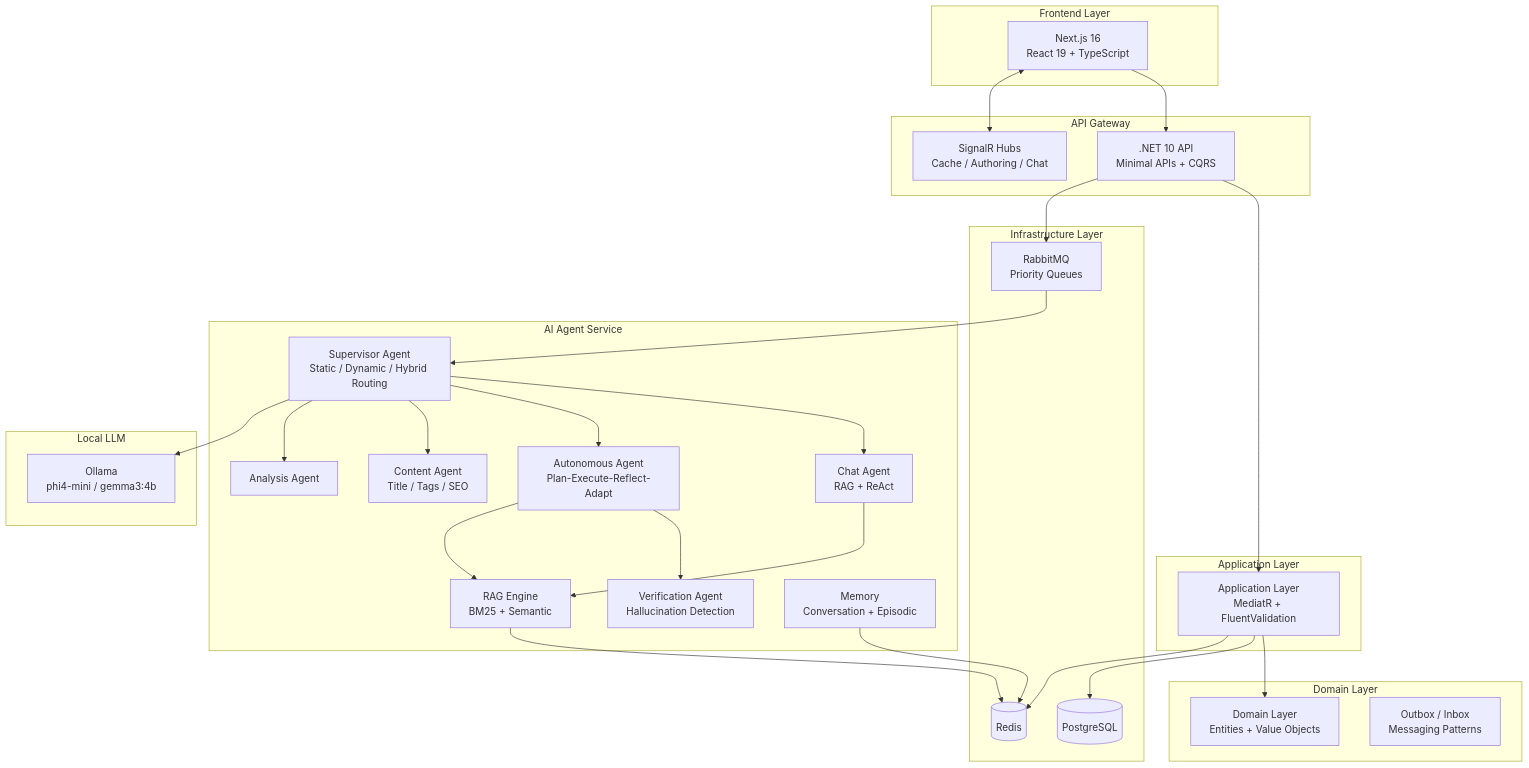
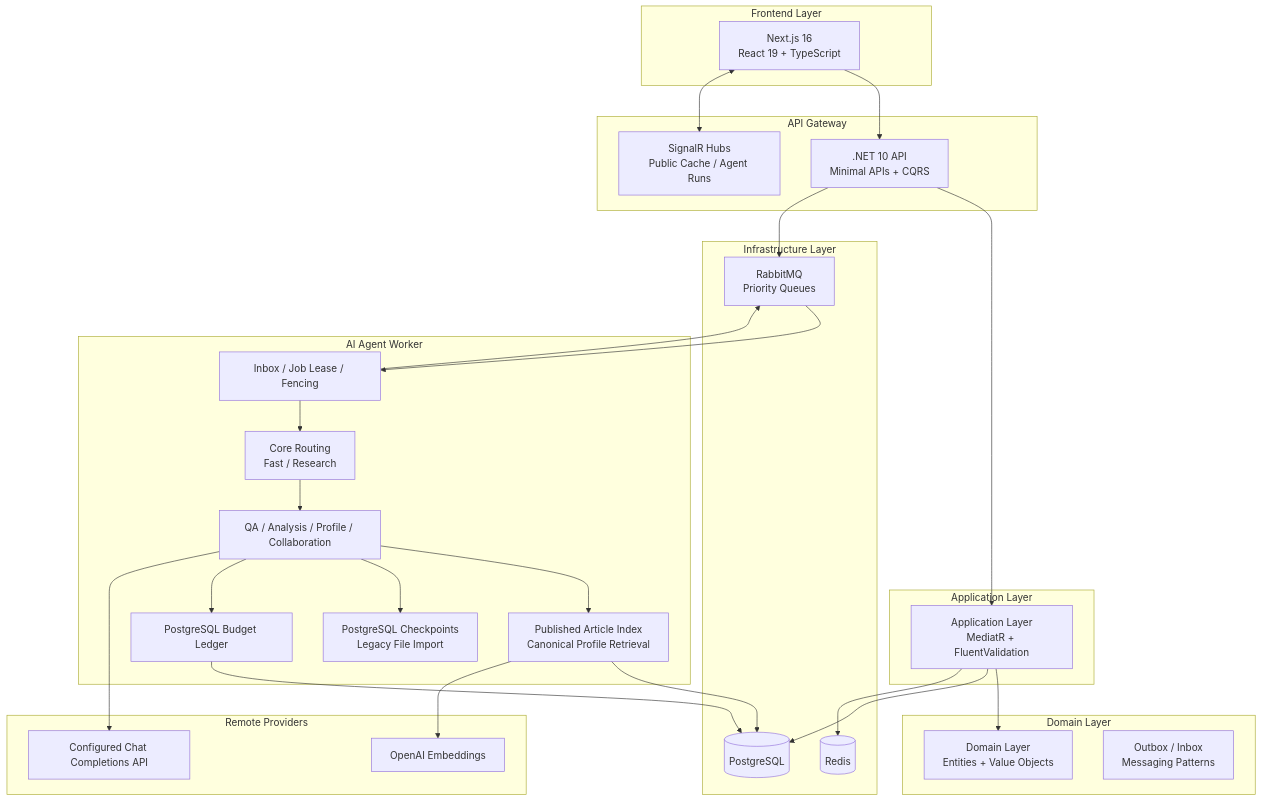
The diagram in README.md (MrBekoX/MrBekoXBlogApp), drawn with Mermaid before and after one commit. The commit also changed other lines of this file and 115 other files, not shown here.

````diff
--- a/README.md
+++ b/README.md
@@ -31,60 +31,59 @@
 ```mermaid
 graph TB
     subgraph "Frontend Layer"
         FE[Next.js 16<br/>React 19 + TypeScript]
     end
 
     subgraph "API Gateway"
         API[.NET 10 API<br/>Minimal APIs + CQRS]
-        SIG[SignalR Hubs<br/>Cache / Authoring / Chat]
+        SIG[SignalR Hubs<br/>Public Cache / Agent Runs]
     end
 
     subgraph "Application Layer"
         APP[Application Layer<br/>MediatR + FluentValidation]
     end
 
     subgraph "Domain Layer"
         DOM[Domain Layer<br/>Entities + Value Objects]
         OUT[Outbox / Inbox<br/>Messaging Patterns]
     end
 
     subgraph "Infrastructure Layer"
         DB[(PostgreSQL)]
         REDIS[(Redis)]
         RMQ[RabbitMQ<br/>Priority Queues]
     end
 
-    subgraph "AI Agent Service"
-        SUP[Supervisor Agent<br/>Static / Dynamic / Hybrid Routing]
-        CHAT[Chat Agent<br/>RAG + ReAct]
-        AUT[Autonomous Agent<br/>Plan-Execute-Reflect-Adapt]
-        VER[Verification Agent<br/>Hallucination Detection]
-        CON[Content Agent<br/>Title / Tags / SEO]
-        ANA[Analysis Agent]
-        RAG[RAG Engine<br/>BM25 + Semantic]
-        MEM[Memory<br/>Conversation + Episodic]
+    subgraph "AI Agent Worker"
+        SUP[Inbox / Job Lease / Fencing]
+        ROUTER[Core Routing<br/>Fast / Research]
+        RUN[QA / Analysis / Profile / Collaboration]
+        RAG[Published Article Index<br/>Canonical Profile Retrieval]
+        CHECKPOINT[PostgreSQL Checkpoints<br/>Legacy File Import]
+        BUDGET[PostgreSQL Budget Ledger]
     end
 
-    subgraph "Local LLM"
-        OLLAMA[Ollama<br/>phi4-mini / gemma3:4b]
+    subgraph "Remote Providers"
+        MODEL[Configured Chat Completions API]
+        EMBEDDING[OpenAI Embeddings]
     end
 
     FE --> API
     FE <--> SIG
     API --> APP
     APP --> DOM
     APP --> DB
     APP --> REDIS
     API --> RMQ
     RMQ --> SUP
-    SUP --> CHAT
-    SUP --> AUT
-    SUP --> CON
-    SUP --> ANA
-    AUT --> VER
-    CHAT --> RAG
-    AUT --> RAG
-    RAG --> REDIS
-    SUP --> OLLAMA
-    MEM --> REDIS
+    SUP --> ROUTER
+    ROUTER --> RUN
+    RUN --> RAG
+    RUN --> CHECKPOINT
+    RUN --> BUDGET
+    RAG --> DB
+    BUDGET --> DB
+    RUN --> MODEL
+    RAG --> EMBEDDING
+    SUP --> RMQ
 ```
````
